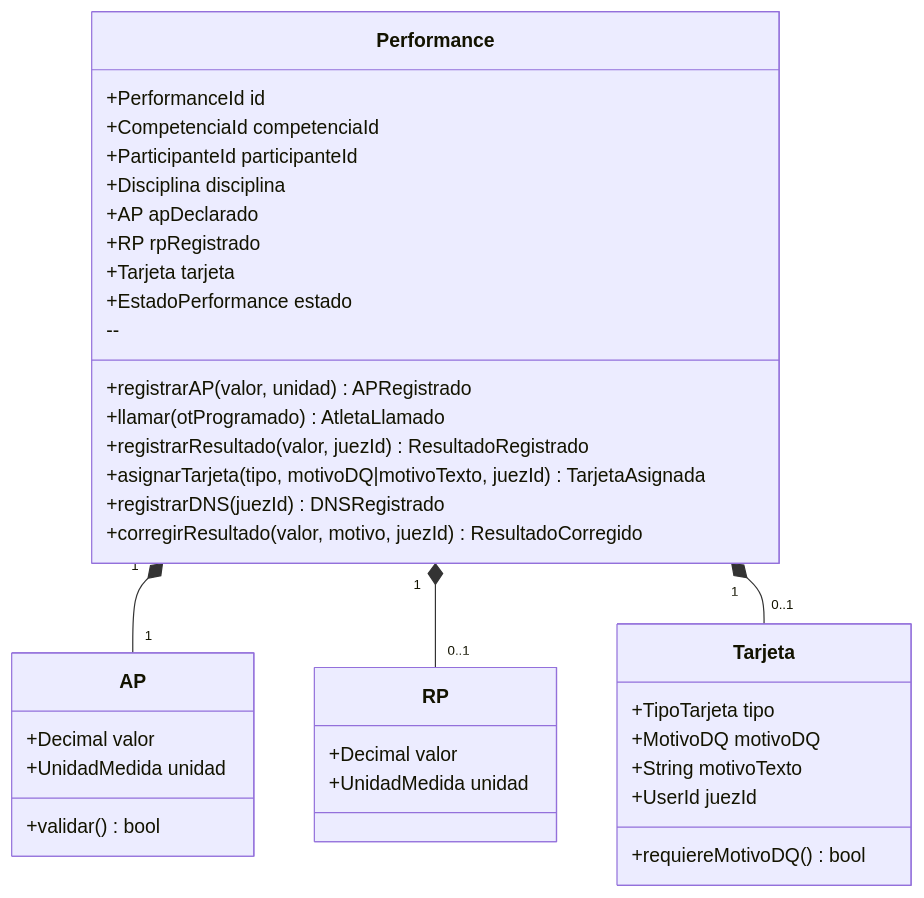
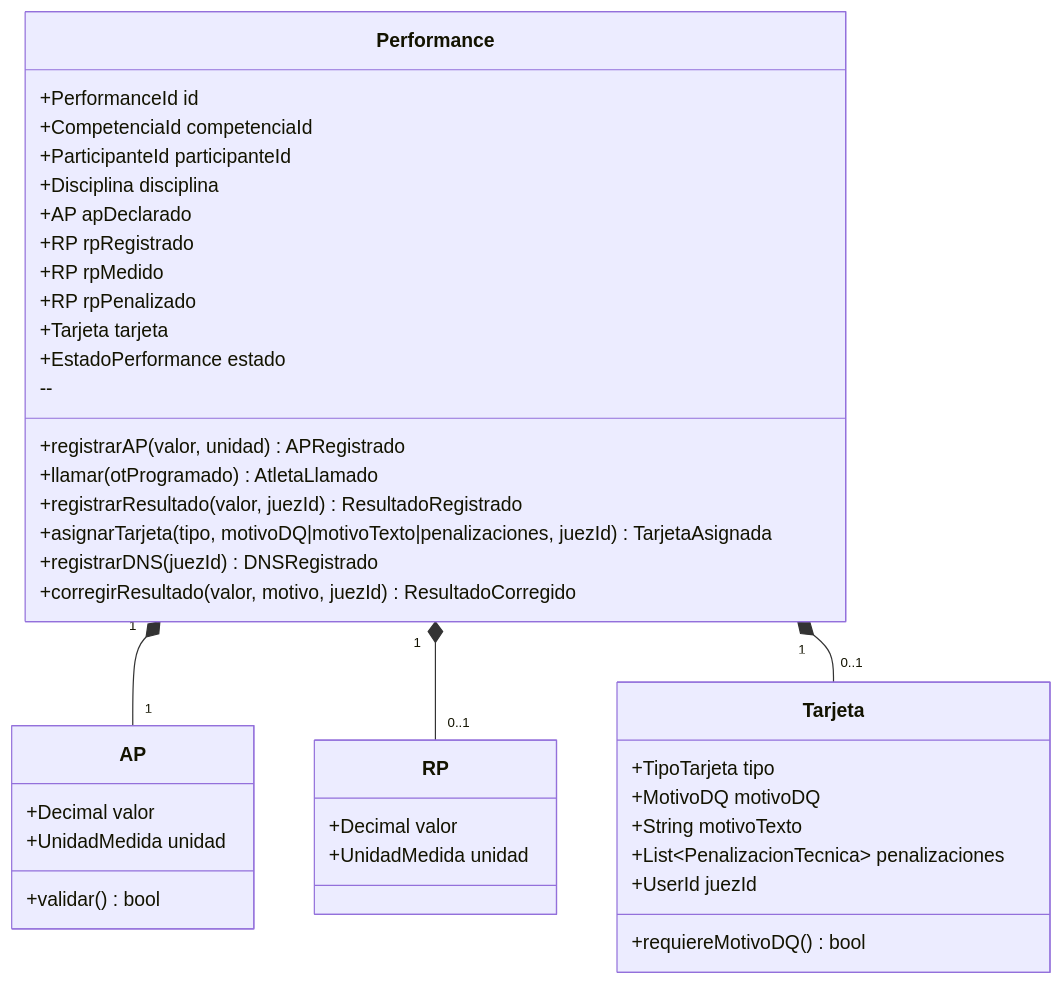
Before and after one commit to vvalotto/ataraxiadive: the third of 4 diagrams in docs/design/domain-model.md, drawn with Mermaid. The commit also changed other lines of this file and 18 other files, not shown here.

````diff
--- a/docs/design/domain-model.md
+++ b/docs/design/domain-model.md
@@ -126,43 +126,46 @@
 ```mermaid
 classDiagram
     class Performance {
         +PerformanceId id
         +CompetenciaId competenciaId
         +ParticipanteId participanteId
         +Disciplina disciplina
         +AP apDeclarado
         +RP rpRegistrado
+        +RP rpMedido
+        +RP rpPenalizado
         +Tarjeta tarjeta
         +EstadoPerformance estado
         --
         +registrarAP(valor, unidad) APRegistrado
         +llamar(otProgramado) AtletaLlamado
         +registrarResultado(valor, juezId) ResultadoRegistrado
-        +asignarTarjeta(tipo, motivoDQ|motivoTexto, juezId) TarjetaAsignada
+        +asignarTarjeta(tipo, motivoDQ|motivoTexto|penalizaciones, juezId) TarjetaAsignada
         +registrarDNS(juezId) DNSRegistrado
         +corregirResultado(valor, motivo, juezId) ResultadoCorregido
     }
 
     class AP {
         +Decimal valor
         +UnidadMedida unidad
         +validar() bool
     }
 
     class RP {
         +Decimal valor
         +UnidadMedida unidad
     }
 
     class Tarjeta {
         +TipoTarjeta tipo
         +MotivoDQ motivoDQ
         +String motivoTexto
+        +List~PenalizacionTecnica~ penalizaciones
         +UserId juezId
         +requiereMotivoDQ() bool
     }
 
     Performance "1" *-- "1" AP
     Performance "1" *-- "0..1" RP
     Performance "1" *-- "0..1" Tarjeta
 ```
````
